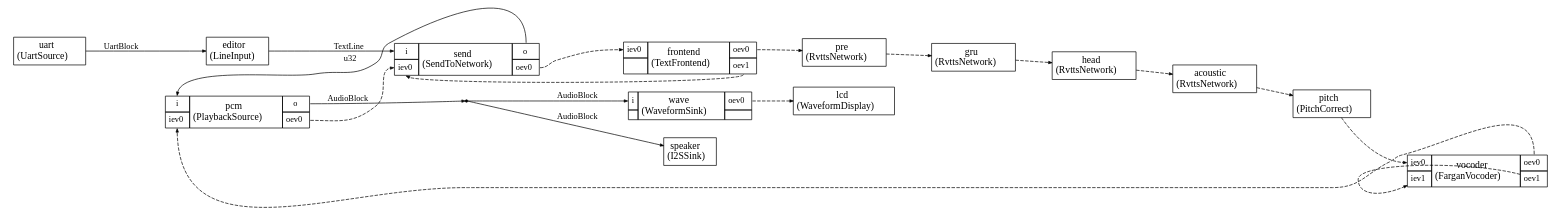
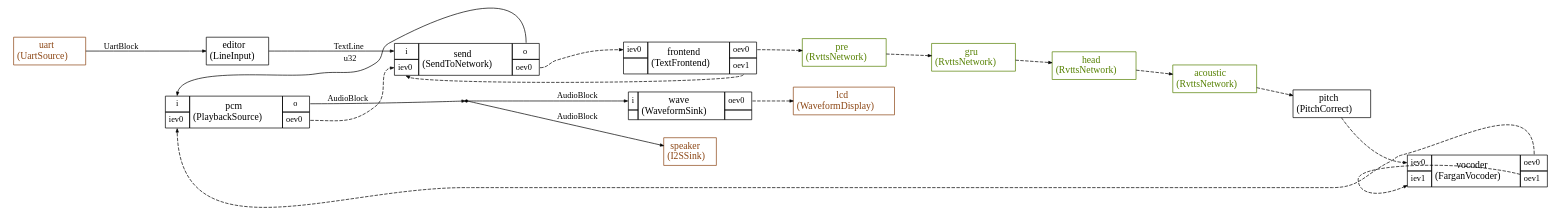
One commit to christophe0606/EthosCatalog changed the diagram in projects/rvtts_fargan/generated/app.dot. Above: the diagram before and after it, drawn with Graphviz. The commit also changed 34 other files, not shown here.

Commit message:
Updated graph styling to distinguish different pte files

```diff
--- a/projects/rvtts_fargan/generated/app.dot
+++ b/projects/rvtts_fargan/generated/app.dot
@@ -14,7 +14,7 @@
 dup0 [shape=point,label="dup0"]
 
 editor [label=<
-<TABLE color="black" bgcolor="none" BORDER="0" CELLBORDER="1" CELLSPACING="0" CELLPADDING="4">
+<TABLE color="black" bgcolor="white" BORDER="0" CELLBORDER="1" CELLSPACING="0" CELLPADDING="4">
   <TR>
     <TD ALIGN="CENTER" PORT="i"><FONT COLOR="black" POINT-SIZE="14.0">editor<BR/>(LineInput)</FONT></TD>
   </TR>
@@ -22,7 +22,7 @@
 
 
 pcm [label=<
-<TABLE color="black" bgcolor="none" BORDER="0" CELLBORDER="1" CELLSPACING="0" CELLPADDING="4">
+<TABLE color="black" bgcolor="white" BORDER="0" CELLBORDER="1" CELLSPACING="0" CELLPADDING="4">
   <TR>
     <TD PORT="i"><FONT POINT-SIZE="12.0" COLOR="black">i</FONT></TD>
     <TD ALIGN="CENTER" ROWSPAN="2"><FONT COLOR="black" POINT-SIZE="14.0">pcm<BR/>(PlaybackSource)</FONT></TD>
@@ -38,7 +38,7 @@
 
 
 send [label=<
-<TABLE color="black" bgcolor="none" BORDER="0" CELLBORDER="1" CELLSPACING="0" CELLPADDING="4">
+<TABLE color="black" bgcolor="white" BORDER="0" CELLBORDER="1" CELLSPACING="0" CELLPADDING="4">
   <TR>
     <TD PORT="i"><FONT POINT-SIZE="12.0" COLOR="black">i</FONT></TD>
     <TD ALIGN="CENTER" ROWSPAN="2"><FONT COLOR="black" POINT-SIZE="14.0">send<BR/>(SendToNetwork)</FONT></TD>
@@ -53,22 +53,22 @@
 </TABLE>>];
 
 speaker [label=<
-<TABLE color="black" bgcolor="none" BORDER="0" CELLBORDER="1" CELLSPACING="0" CELLPADDING="4">
+<TABLE color="#8B4513" bgcolor="white" BORDER="0" CELLBORDER="1" CELLSPACING="0" CELLPADDING="4">
   <TR>
-    <TD ALIGN="CENTER" PORT="i"><FONT COLOR="black" POINT-SIZE="14.0">speaker<BR/>(I2SSink)</FONT></TD>
+    <TD ALIGN="CENTER" PORT="i"><FONT COLOR="#8B4513" POINT-SIZE="14.0">speaker<BR/>(I2SSink)</FONT></TD>
   </TR>
 </TABLE>>];
 
 uart [label=<
-<TABLE color="black" bgcolor="none" BORDER="0" CELLBORDER="1" CELLSPACING="0" CELLPADDING="4">
+<TABLE color="#8B4513" bgcolor="white" BORDER="0" CELLBORDER="1" CELLSPACING="0" CELLPADDING="4">
   <TR>
-    <TD ALIGN="CENTER" PORT="i"><FONT COLOR="black" POINT-SIZE="14.0">uart<BR/>(UartSource)</FONT></TD>
+    <TD ALIGN="CENTER" PORT="i"><FONT COLOR="#8B4513" POINT-SIZE="14.0">uart<BR/>(UartSource)</FONT></TD>
   </TR>
 </TABLE>>];
 
 
 wave [label=<
-<TABLE color="black" bgcolor="none" BORDER="0" CELLBORDER="1" CELLSPACING="0" CELLPADDING="4">
+<TABLE color="black" bgcolor="white" BORDER="0" CELLBORDER="1" CELLSPACING="0" CELLPADDING="4">
   <TR>
     <TD PORT="i"><FONT POINT-SIZE="12.0" COLOR="black">i</FONT></TD>
     <TD ALIGN="CENTER" ROWSPAN="2"><FONT COLOR="black" POINT-SIZE="14.0">wave<BR/>(WaveformSink)</FONT></TD>
@@ -83,15 +83,15 @@
 </TABLE>>];
 
 acoustic [label=<
-<TABLE color="black" bgcolor="none" BORDER="0" CELLBORDER="1" CELLSPACING="0" CELLPADDING="4">
+<TABLE color="#558000" bgcolor="white" BORDER="0" CELLBORDER="1" CELLSPACING="0" CELLPADDING="4">
   <TR>
-    <TD ALIGN="CENTER" PORT="i"><FONT COLOR="black" POINT-SIZE="14.0">acoustic<BR/>(RvttsNetwork)</FONT></TD>
+    <TD ALIGN="CENTER" PORT="i"><FONT COLOR="#558000" POINT-SIZE="14.0">acoustic<BR/>(RvttsNetwork)</FONT></TD>
   </TR>
 </TABLE>>];
 
 
 frontend [label=<
-<TABLE color="black" bgcolor="none" BORDER="0" CELLBORDER="1" CELLSPACING="0" CELLPADDING="4">
+<TABLE color="black" bgcolor="white" BORDER="0" CELLBORDER="1" CELLSPACING="0" CELLPADDING="4">
   <TR>
     <TD PORT="iev0"><FONT POINT-SIZE="12.0" COLOR="black">iev0</FONT></TD>
     <TD ALIGN="CENTER" ROWSPAN="2"><FONT COLOR="black" POINT-SIZE="14.0">frontend<BR/>(TextFrontend)</FONT></TD>
@@ -106,43 +106,43 @@
 </TABLE>>];
 
 gru [label=<
-<TABLE color="black" bgcolor="none" BORDER="0" CELLBORDER="1" CELLSPACING="0" CELLPADDING="4">
+<TABLE color="#558000" bgcolor="white" BORDER="0" CELLBORDER="1" CELLSPACING="0" CELLPADDING="4">
   <TR>
-    <TD ALIGN="CENTER" PORT="i"><FONT COLOR="black" POINT-SIZE="14.0">gru<BR/>(RvttsNetwork)</FONT></TD>
+    <TD ALIGN="CENTER" PORT="i"><FONT COLOR="#558000" POINT-SIZE="14.0">gru<BR/>(RvttsNetwork)</FONT></TD>
   </TR>
 </TABLE>>];
 
 head [label=<
-<TABLE color="black" bgcolor="none" BORDER="0" CELLBORDER="1" CELLSPACING="0" CELLPADDING="4">
+<TABLE color="#558000" bgcolor="white" BORDER="0" CELLBORDER="1" CELLSPACING="0" CELLPADDING="4">
   <TR>
-    <TD ALIGN="CENTER" PORT="i"><FONT COLOR="black" POINT-SIZE="14.0">head<BR/>(RvttsNetwork)</FONT></TD>
+    <TD ALIGN="CENTER" PORT="i"><FONT COLOR="#558000" POINT-SIZE="14.0">head<BR/>(RvttsNetwork)</FONT></TD>
   </TR>
 </TABLE>>];
 
 lcd [label=<
-<TABLE color="black" bgcolor="none" BORDER="0" CELLBORDER="1" CELLSPACING="0" CELLPADDING="4">
+<TABLE color="#8B4513" bgcolor="white" BORDER="0" CELLBORDER="1" CELLSPACING="0" CELLPADDING="4">
   <TR>
-    <TD ALIGN="CENTER" PORT="i"><FONT COLOR="black" POINT-SIZE="14.0">lcd<BR/>(WaveformDisplay)</FONT></TD>
+    <TD ALIGN="CENTER" PORT="i"><FONT COLOR="#8B4513" POINT-SIZE="14.0">lcd<BR/>(WaveformDisplay)</FONT></TD>
   </TR>
 </TABLE>>];
 
 pitch [label=<
-<TABLE color="black" bgcolor="none" BORDER="0" CELLBORDER="1" CELLSPACING="0" CELLPADDING="4">
+<TABLE color="black" bgcolor="white" BORDER="0" CELLBORDER="1" CELLSPACING="0" CELLPADDING="4">
   <TR>
     <TD ALIGN="CENTER" PORT="i"><FONT COLOR="black" POINT-SIZE="14.0">pitch<BR/>(PitchCorrect)</FONT></TD>
   </TR>
 </TABLE>>];
 
 pre [label=<
-<TABLE color="black" bgcolor="none" BORDER="0" CELLBORDER="1" CELLSPACING="0" CELLPADDING="4">
+<TABLE color="#558000" bgcolor="white" BORDER="0" CELLBORDER="1" CELLSPACING="0" CELLPADDING="4">
   <TR>
-    <TD ALIGN="CENTER" PORT="i"><FONT COLOR="black" POINT-SIZE="14.0">pre<BR/>(RvttsNetwork)</FONT></TD>
+    <TD ALIGN="CENTER" PORT="i"><FONT COLOR="#558000" POINT-SIZE="14.0">pre<BR/>(RvttsNetwork)</FONT></TD>
   </TR>
 </TABLE>>];
 
 
 vocoder [label=<
-<TABLE color="black" bgcolor="none" BORDER="0" CELLBORDER="1" CELLSPACING="0" CELLPADDING="4">
+<TABLE color="black" bgcolor="white" BORDER="0" CELLBORDER="1" CELLSPACING="0" CELLPADDING="4">
   <TR>
     <TD PORT="iev0"><FONT POINT-SIZE="12.0" COLOR="black">iev0</FONT></TD>
     <TD ALIGN="CENTER" ROWSPAN="2"><FONT COLOR="black" POINT-SIZE="14.0">vocoder<BR/>(FarganVocoder)</FONT></TD>
```
